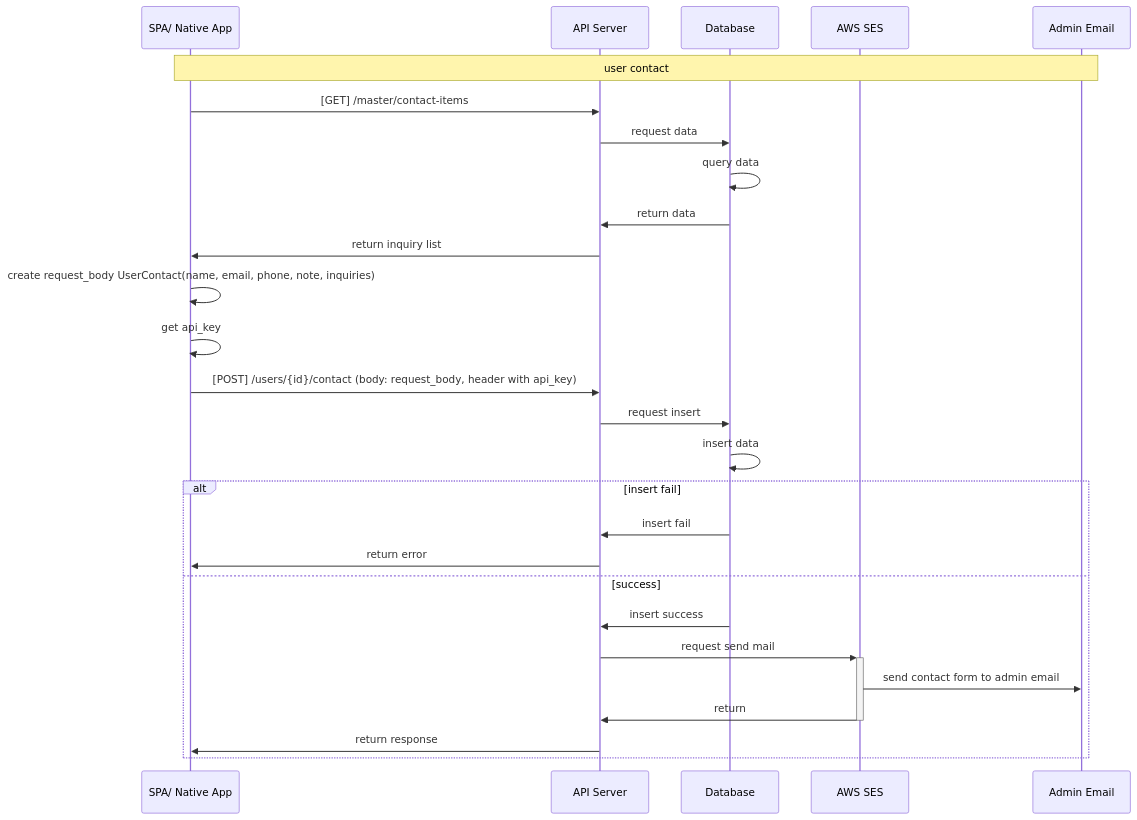
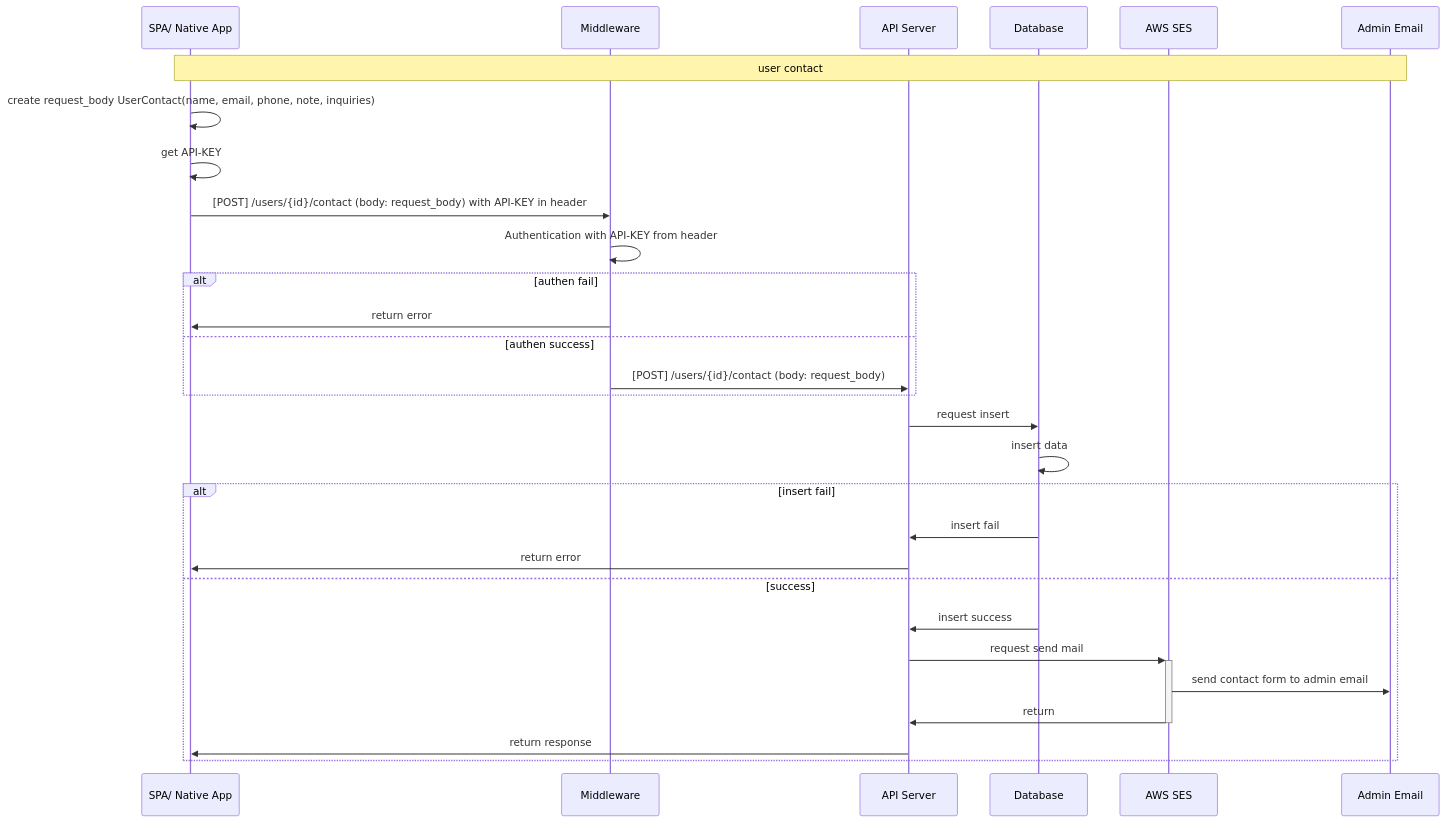
One commit to tunglampd/cicd_test changed the diagram in user_contact.md. Above: the diagram before and after it, drawn with Mermaid.

````diff
--- a/user_contact.md
+++ b/user_contact.md
@@ -1,32 +1,36 @@
 ```mermaid
 sequenceDiagram    
     participant Webapp as SPA/ Native App
+    participant md as Middleware
     participant Server as API Server 
     participant DB as Database
     participant AS as AWS SES
     participant AE as Admin Email
 
     Note over Webapp, AE: user contact
 
-    Webapp->>Server: [GET] /master/contact-items
-    Server->>DB: request data
-    DB->>DB: query data
-    DB->>Server: return data
-    Server->>Webapp: return inquiry list
+    Webapp->>Webapp: create request_body UserContact(name, email, phone, note, inquiries)
+    Webapp->>Webapp: get API-KEY
+    Webapp->>md: [POST] /users/{id}/contact (body: request_body) with API-KEY in header
 
-    Webapp->>Webapp: create request_body UserContact(name, email, phone, note, inquiries)
-    Webapp->>Webapp: get api_key
-    Webapp->>Server: [POST] /users/{id}/contact (body: request_body, header with api_key)
+    md->>md: Authentication with API-KEY from header
+    alt authen fail
+    md->>Webapp: return error
+    else authen success
+    md->>Server: [POST] /users/{id}/contact (body: request_body)
+    end
+
+
     Server->>DB: request insert
     DB->>DB: insert data
     alt insert fail
     DB->> Server: insert fail
     Server->>Webapp: return error
     else success
     DB->> Server: insert success
     Server->>+ AS: request send mail
     AS->>AE: send contact form to admin email
     AS->>- Server: return 
     Server->> Webapp: return response
     end
 ```
````
